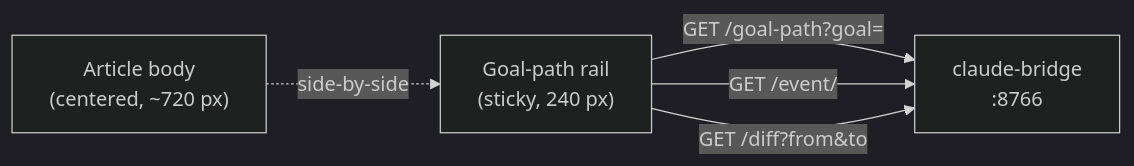
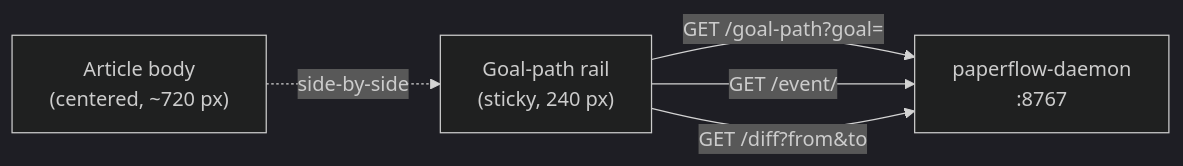
Before and after one commit to FRIKKern/paperflow: the second of 4 diagrams in ARCHITECTURE.md, drawn with Mermaid (dark theme). The commit also changed other lines of this file and 8 other files, not shown here.

````diff
--- a/ARCHITECTURE.md
+++ b/ARCHITECTURE.md
@@ -101,11 +101,11 @@
 ```mermaid
 flowchart LR
     Article["Article body<br/>(centered, ~720 px)"]
     Rail["Goal-path rail<br/>(sticky, 240 px)"]
-    Bridge["claude-bridge<br/>:8766"]
+    Daemon["paperflow-daemon<br/>:8767"]
 
     Article -.->|"side-by-side"| Rail
-    Rail -->|"GET /goal-path?goal=<id>"| Bridge
-    Rail -->|"GET /event/<id>"| Bridge
-    Rail -->|"GET /diff?from&to"| Bridge
+    Rail -->|"GET /goal-path?goal=<id>"| Daemon
+    Rail -->|"GET /event/<id>"| Daemon
+    Rail -->|"GET /diff?from&to"| Daemon
 ```
````
